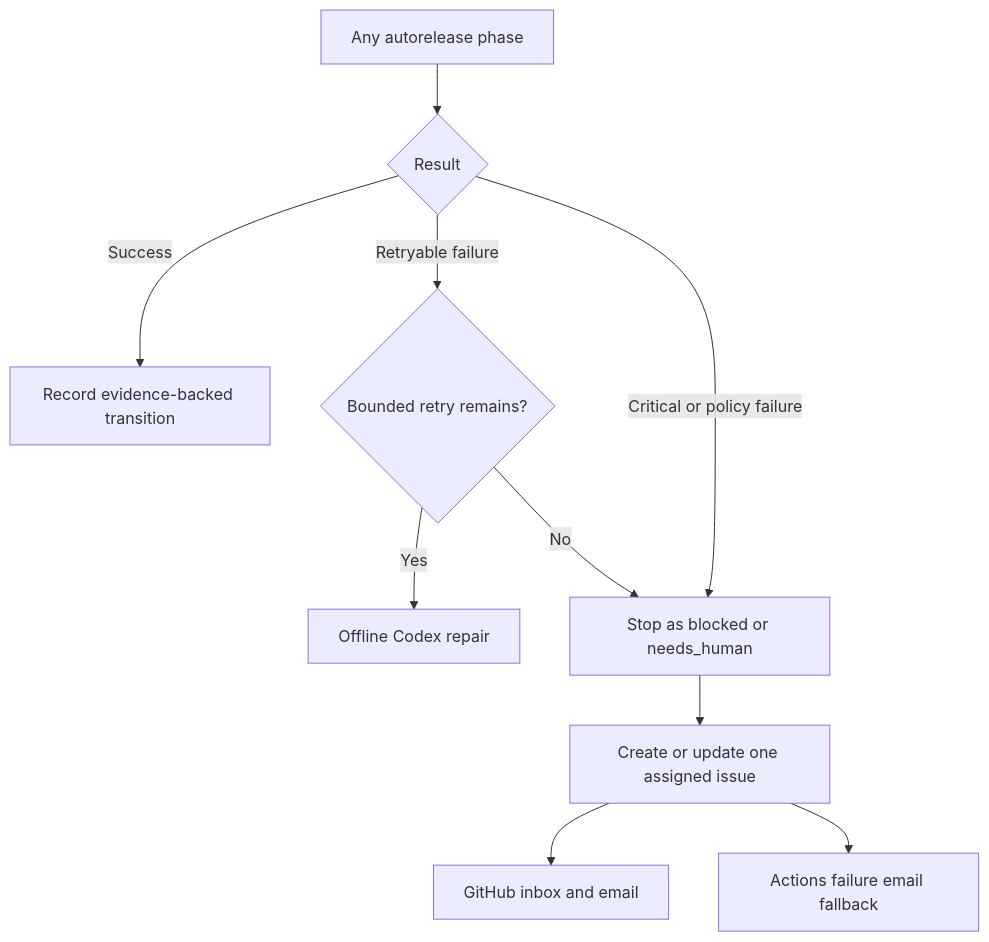
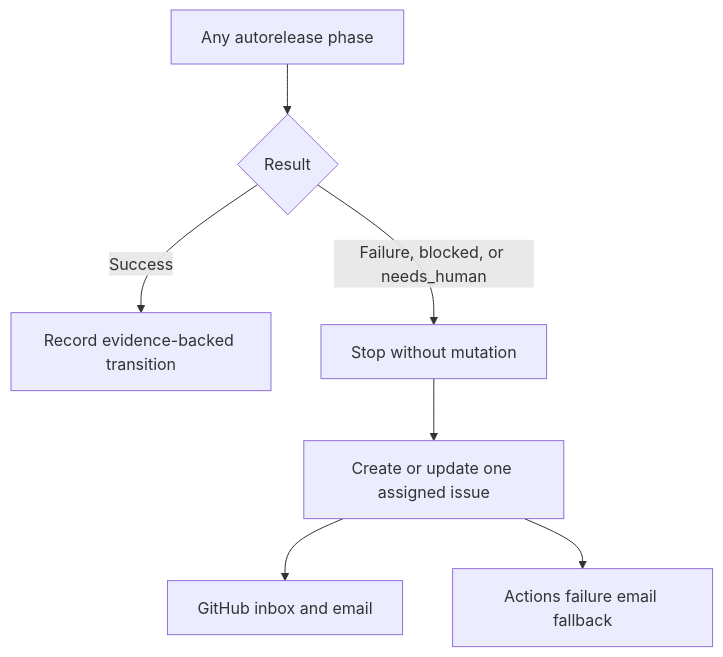
The second of 2 diagrams in AUTORELEASE.md (Bigpixelrocket/php-bin), drawn with Mermaid before and after one commit. The commit also changed other lines of this file and 40 other files, not shown here.

````diff
--- a/AUTORELEASE.md
+++ b/AUTORELEASE.md
@@ -124,12 +178,9 @@
 ```mermaid
 flowchart TD
   job["Any autorelease phase"] --> result{"Result"}
   result -- "Success" --> transition["Record evidence-backed transition"]
-  result -- "Retryable failure" --> retry{"Bounded retry remains?"}
-  retry -- "Yes" --> repair["Offline Codex repair"]
-  retry -- "No" --> blocked["Stop as blocked or needs_human"]
-  result -- "Critical or policy failure" --> blocked
-  blocked --> issue["Create or update one assigned issue"]
+  result -- "Failure, blocked, or needs_human" --> stop["Stop without mutation"]
+  stop --> issue["Create or update one assigned issue"]
   issue --> email["GitHub inbox and email"]
   issue --> actions["Actions failure email fallback"]
 ```
````
